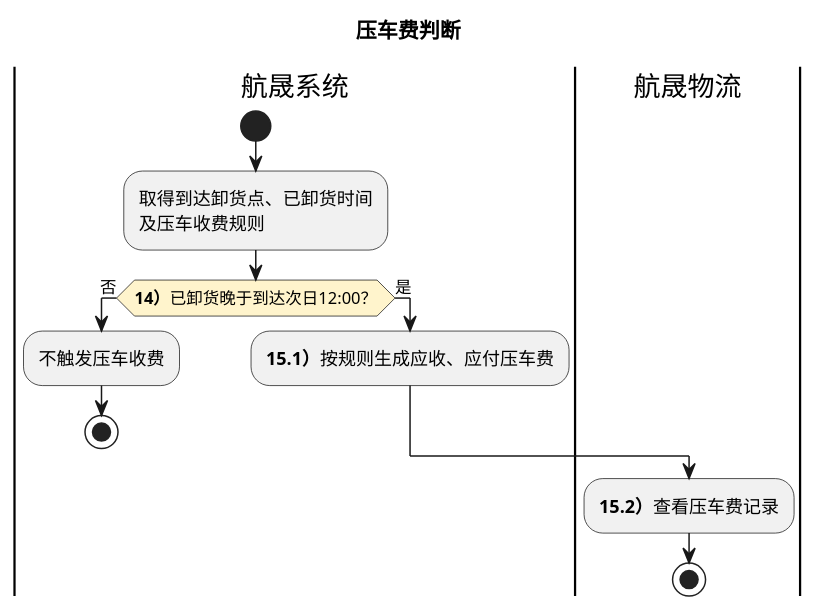
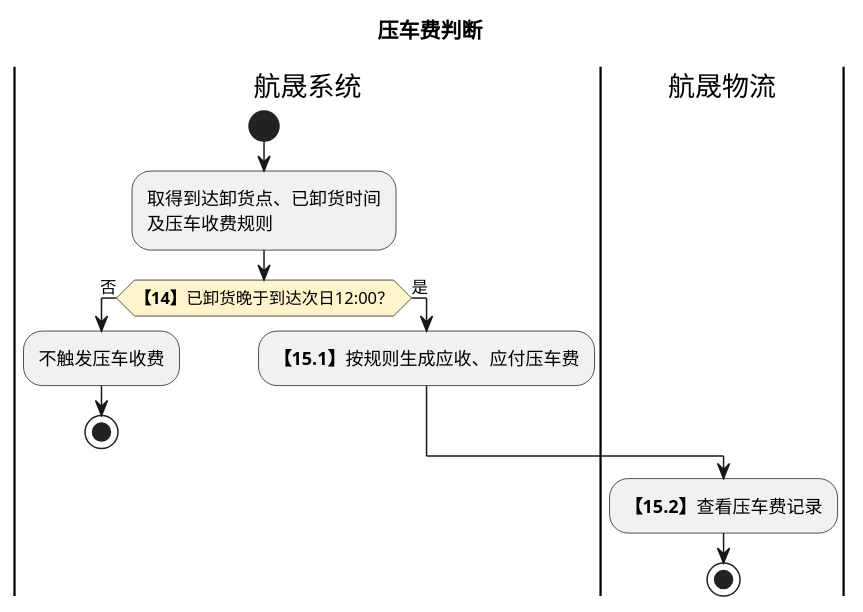
The fourth of 8 diagrams in product-caliber/goldjet/segmented-prd/PRD.高捷物流系统一期.第016篇.用车-运单管理.20AA542560.md (jack888332/projects-doc), drawn with PlantUML before and after one commit. The commit also changed other lines of this file and 12 other files, not shown here.

Commit message:
完善DSL图

````diff
--- a/product-caliber/goldjet/segmented-prd/PRD.高捷物流系统一期.第016篇.用车-运单管理.20AA542560.md
+++ b/product-caliber/goldjet/segmented-prd/PRD.高捷物流系统一期.第016篇.用车-运单管理.20AA542560.md
@@ -117,18 +144,18 @@
 ```plantuml
 @startuml goldjet-016-demurrage-fee
 skinparam activityDiamondBackgroundColor #FFF4CC
 title 压车费判断
 |航晟系统|
 start
 :取得到达卸货点、已卸货时间\n及压车收费规则;
-if (**14）**已卸货晚于到达次日12:00？) then (否)
+if (**【14】**已卸货晚于到达次日12:00？) then (否)
   :不触发压车收费;
   stop
 else (是)
-  :**15.1）**按规则生成应收、应付压车费;
+  :**【15.1】**按规则生成应收、应付压车费;
 endif
 |航晟物流|
-:**15.2）**查看压车费记录;
+:**【15.2】**查看压车费记录;
 stop
 @enduml
 ```
````
